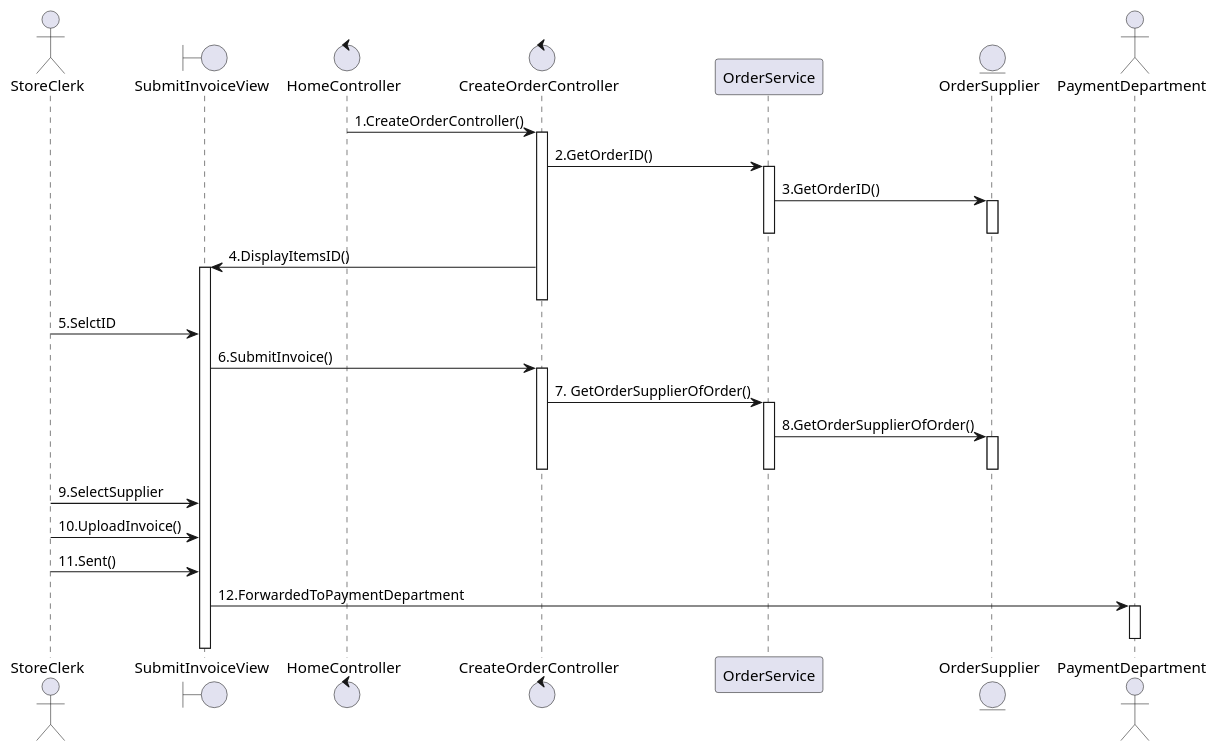
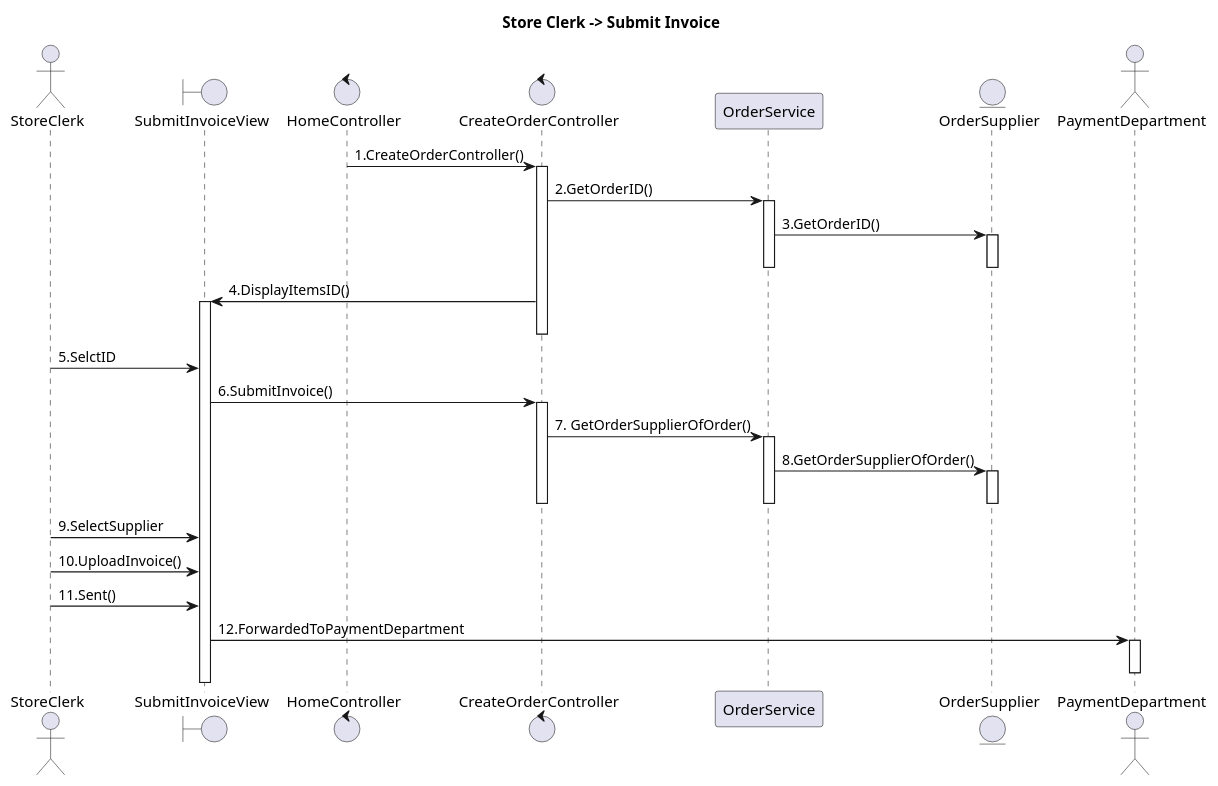
The diagram in SubmitInvoice.wsd (SA46Team5a/AD---ClassAndSequenceDiagram), drawn with PlantUML before and after one commit. The commit also changed 33 other files, not shown here.

Commit message:
added titles, requisitionPackage sequence diagram

```diff
--- a/SubmitInvoice.wsd
+++ b/SubmitInvoice.wsd
@@ -1,39 +1,40 @@
 @startuml
+title "Store Clerk -> Submit Invoice"
 actor StoreClerk
 boundary SubmitInvoiceView
 control HomeController
 control CreateOrderController
 Participant OrderService
 entity OrderSupplier
 actor PaymentDepartment
 
 HomeController -> CreateOrderController: 1.CreateOrderController()
 activate CreateOrderController
 CreateOrderController->OrderService: 2.GetOrderID()
 activate OrderService
 OrderService->OrderSupplier: 3.GetOrderID()
 activate OrderSupplier
 deactivate OrderSupplier
 deactivate OrderService
 CreateOrderController->SubmitInvoiceView: 4.DisplayItemsID()
 activate SubmitInvoiceView
 deactivate CreateOrderController
 StoreClerk->SubmitInvoiceView: 5.SelctID
 SubmitInvoiceView->CreateOrderController: 6.SubmitInvoice()
 activate CreateOrderController
 CreateOrderController->OrderService: 7. GetOrderSupplierOfOrder()
 activate OrderService
 OrderService->OrderSupplier: 8.GetOrderSupplierOfOrder()
 activate OrderSupplier
 deactivate OrderSupplier
 deactivate OrderService
 deactivate CreateOrderController
 StoreClerk->SubmitInvoiceView: 9.SelectSupplier
 StoreClerk->SubmitInvoiceView: 10.UploadInvoice()
 StoreClerk->SubmitInvoiceView: 11.Sent()
 SubmitInvoiceView->PaymentDepartment: 12.ForwardedToPaymentDepartment
 activate PaymentDepartment
 deactivate PaymentDepartment
 
 
 @enduml
```
